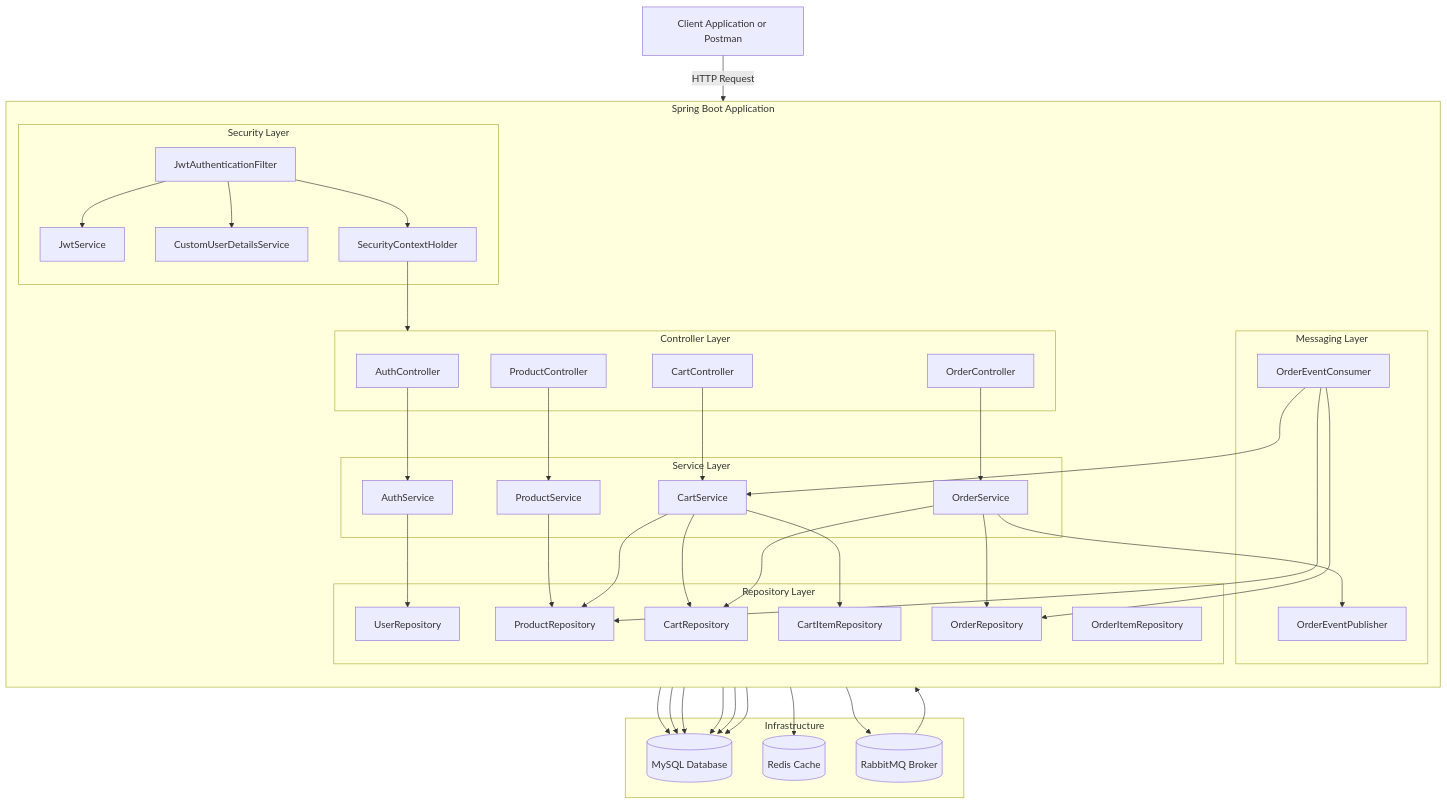
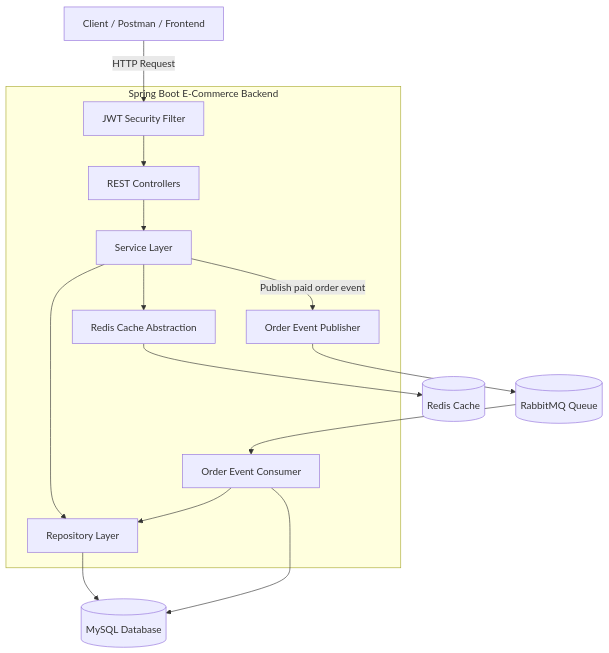
Before and after one commit to auditee/E-commerce-platform-using-springboot: the first of 9 diagrams in README.md, drawn with Mermaid. The commit also changed other lines of this file, not shown here.

````diff
--- a/README.md
+++ b/README.md
@@ -99,83 +104,33 @@
 ```mermaid
-graph TB
-    Client[Client Application or Postman]
+flowchart TB
+    Client[Client / Postman / Frontend]
 
-    subgraph SpringBoot[Spring Boot Application]
-        direction TB
-
-        subgraph SecurityLayer[Security Layer]
-            JwtFilter[JwtAuthenticationFilter]
-            JwtService[JwtService]
-            UserDetails[CustomUserDetailsService]
-            SecurityContext[SecurityContextHolder]
-        end
-
-        subgraph ControllerLayer[Controller Layer]
-            AuthController[AuthController]
-            ProductController[ProductController]
-            CartController[CartController]
-            OrderController[OrderController]
-        end
-
-        subgraph ServiceLayer[Service Layer]
-            AuthService[AuthService]
-            ProductService[ProductService]
-            CartService[CartService]
-            OrderService[OrderService]
-        end
-
-        subgraph MessagingLayer[Messaging Layer]
-            OrderPublisher[OrderEventPublisher]
-            OrderConsumer[OrderEventConsumer]
-        end
-
-        subgraph RepositoryLayer[Repository Layer]
-            UserRepo[UserRepository]
-            ProductRepo[ProductRepository]
-            CartRepo[CartRepository]
-            CartItemRepo[CartItemRepository]
-            OrderRepo[OrderRepository]
-            OrderItemRepo[OrderItemRepository]
-        end
+    subgraph SpringBoot[Spring Boot E-Commerce Backend]
+        Security[JWT Security Filter]
+        Controllers[REST Controllers]
+        Services[Service Layer]
+        Repositories[Repository Layer]
+        Cache[Redis Cache Abstraction]
+        Publisher[Order Event Publisher]
+        Consumer[Order Event Consumer]
     end
 
-    subgraph Infrastructure[Infrastructure]
-        MySQL[(MySQL Database)]
-        Redis[(Redis Cache)]
-        RabbitMQ[(RabbitMQ Broker)]
-    end
+    MySQL[(MySQL Database)]
+    Redis[(Redis Cache)]
+    RabbitMQ[(RabbitMQ Queue)]
 
-    Client -->|HTTP Request| JwtFilter
-    JwtFilter --> JwtService
-    JwtFilter --> UserDetails
-    JwtFilter --> SecurityContext
-    SecurityContext --> ControllerLayer
+    Client -->|HTTP Request| Security
+    Security --> Controllers
+    Controllers --> Services
+    Services --> Repositories
+    Repositories --> MySQL
 
-    AuthController --> AuthService
-    ProductController --> ProductService
-    CartController --> CartService
-    OrderController --> OrderService
+    Services --> Cache
+    Cache --> Redis
 
-    AuthService --> UserRepo
-    ProductService --> ProductRepo
-    ProductService --> Redis
-    CartService --> CartRepo
-    CartService --> CartItemRepo
-    CartService --> ProductRepo
-    OrderService --> OrderRepo
-    OrderService --> CartRepo
-    OrderService --> OrderPublisher
-
-    OrderPublisher --> RabbitMQ
-    RabbitMQ --> OrderConsumer
-    OrderConsumer --> OrderRepo
-    OrderConsumer --> ProductRepo
-    OrderConsumer --> CartService
-
-    UserRepo --> MySQL
-    ProductRepo --> MySQL
-    CartRepo --> MySQL
-    CartItemRepo --> MySQL
-    OrderRepo --> MySQL
-    OrderItemRepo --> MySQL
+    Services -->|Publish paid order event| Publisher
+    Publisher --> RabbitMQ
+    RabbitMQ --> Consumer
+    Consumer --> Repositories
+    Consumer --> MySQL
 ```
````
